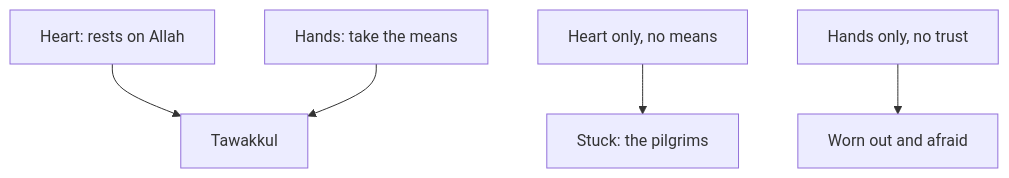
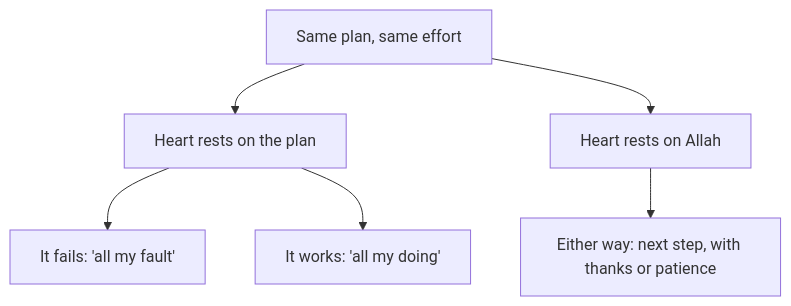
Before and after one commit to Muhammad-AnasKhan/Buildment: the diagram in content/import/faith-and-resilience/02-tawakkul/02.02-what-tawakkul-is.md, drawn with Mermaid. The commit also changed other lines of this file and 21 other files, not shown here.

````diff
--- a/content/import/faith-and-resilience/02-tawakkul/02.02-what-tawakkul-is.md
+++ b/content/import/faith-and-resilience/02-tawakkul/02.02-what-tawakkul-is.md
@@ -99,7 +105,8 @@
 ```mermaid
 flowchart TD
-  A["Heart: rests on Allah"] --> C["Tawakkul"]
-  B["Hands: take the means"] --> C
-  D["Heart only, no means"] --> E["Stuck: the pilgrims"]
-  F["Hands only, no trust"] --> G["Worn out and afraid"]
+  A["Same plan, same effort"] --> B["Heart rests on the plan"]
+  A --> C["Heart rests on Allah"]
+  B --> D["It fails: 'all my fault'"]
+  B --> E["It works: 'all my doing'"]
+  C --> F["Either way: next step, with thanks or patience"]
 ```
````
